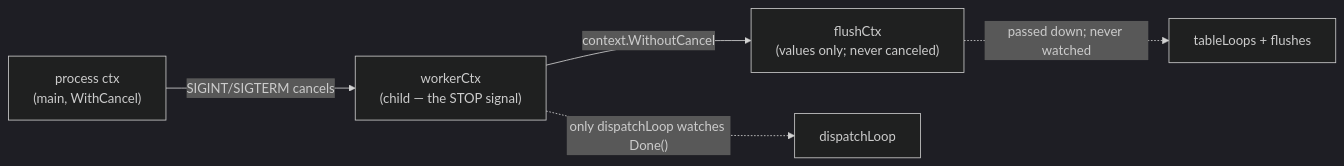
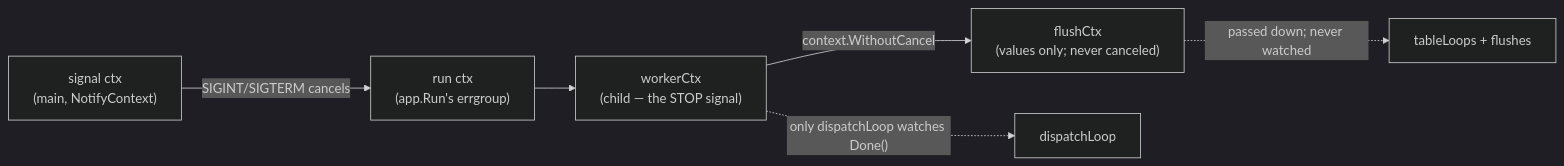
One commit to Wave-RF/WaveHouse changed the fifth of 8 diagrams in docs/src/content/docs/ingest-pipeline.md. Above: the diagram before and after it, drawn with Mermaid (dark theme). The commit also changed other lines of this file and 25 other files, not shown here.

Commit message:
refactor(app): extract the process wiring from main.go into internal/app

````diff
--- a/docs/src/content/docs/ingest-pipeline.md
+++ b/docs/src/content/docs/ingest-pipeline.md
@@ -156,7 +156,8 @@
 ```mermaid
 flowchart LR
-    PC["process ctx<br/>(main, WithCancel)"] -->|"SIGINT/SIGTERM cancels"| WC["workerCtx<br/>(child — the STOP signal)"]
+    PC["signal ctx<br/>(main, NotifyContext)"] -->|"SIGINT/SIGTERM cancels"| RC["run ctx<br/>(app.Run's errgroup)"]
+    RC --> WC["workerCtx<br/>(child — the STOP signal)"]
     WC -->|"context.WithoutCancel"| FC["flushCtx<br/>(values only; never canceled)"]
     WC -.->|"only dispatchLoop watches Done()"| D[dispatchLoop]
     FC -.->|"passed down; never watched"| TL["tableLoops + flushes"]
 ```
````
